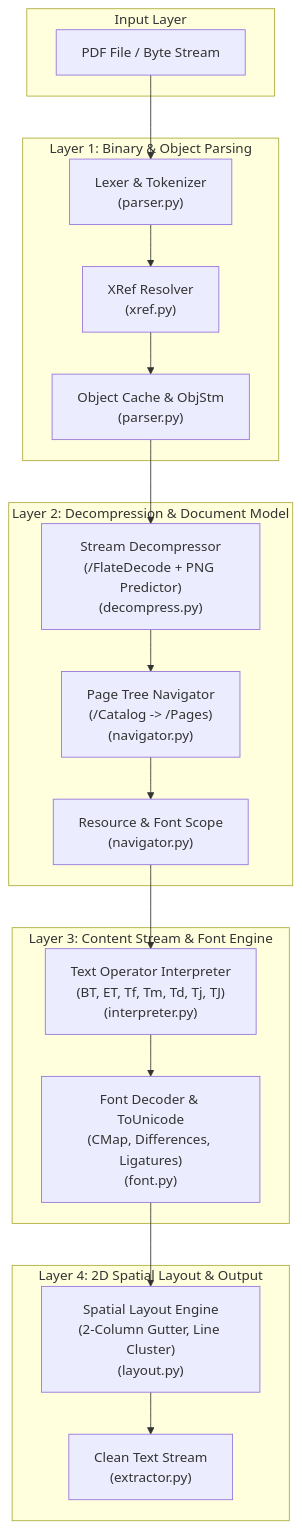
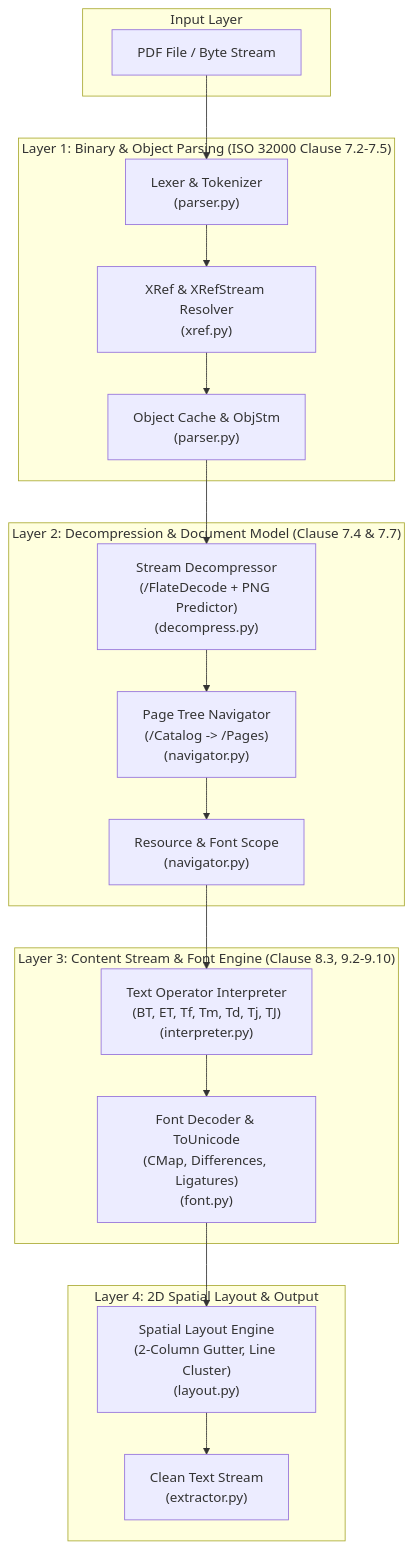
The first of 3 diagrams in docs/designs/DSN-13-pure_python_pdf_text_extractor.md (rokujyouhitoma/arxiv-security-papers), drawn with Mermaid before and after one commit. The commit also changed other lines of this file, not shown here.

Commit message:
docs(design): incorporate ISO 32000-1/2 spec compliance analysis into DSN-13

````diff
--- a/docs/designs/DSN-13-pure_python_pdf_text_extractor.md
+++ b/docs/designs/DSN-13-pure_python_pdf_text_extractor.md
@@ -103,39 +111,39 @@
 ```mermaid
 graph TD
     subgraph "Input Layer"
         PDF[PDF File / Byte Stream]
     end
 
-    subgraph "Layer 1: Binary & Object Parsing"
+    subgraph "Layer 1: Binary & Object Parsing (ISO 32000 Clause 7.2-7.5)"
         LX["Lexer & Tokenizer<br/>(parser.py)"]
-        XR["XRef Resolver<br/>(xref.py)"]
+        XR["XRef & XRefStream Resolver<br/>(xref.py)"]
         OBJ["Object Cache & ObjStm<br/>(parser.py)"]
     end
 
-    subgraph "Layer 2: Decompression & Document Model"
+    subgraph "Layer 2: Decompression & Document Model (Clause 7.4 & 7.7)"
         DEC["Stream Decompressor<br/>(/FlateDecode + PNG Predictor)<br/>(decompress.py)"]
         NAV["Page Tree Navigator<br/>(/Catalog -> /Pages)<br/>(navigator.py)"]
         RES["Resource & Font Scope<br/>(navigator.py)"]
     end
 
-    subgraph "Layer 3: Content Stream & Font Engine"
+    subgraph "Layer 3: Content Stream & Font Engine (Clause 8.3, 9.2-9.10)"
         INT["Text Operator Interpreter<br/>(BT, ET, Tf, Tm, Td, Tj, TJ)<br/>(interpreter.py)"]
         FNT["Font Decoder & ToUnicode<br/>(CMap, Differences, Ligatures)<br/>(font.py)"]
     end
 
     subgraph "Layer 4: 2D Spatial Layout & Output"
         LAY["Spatial Layout Engine<br/>(2-Column Gutter, Line Cluster)<br/>(layout.py)"]
         OUT["Clean Text Stream<br/>(extractor.py)"]
     end
 
     PDF --> LX
     LX --> XR
     XR --> OBJ
     OBJ --> DEC
     DEC --> NAV
     NAV --> RES
     RES --> INT
     INT --> FNT
     FNT --> LAY
     LAY --> OUT
 ```
````
